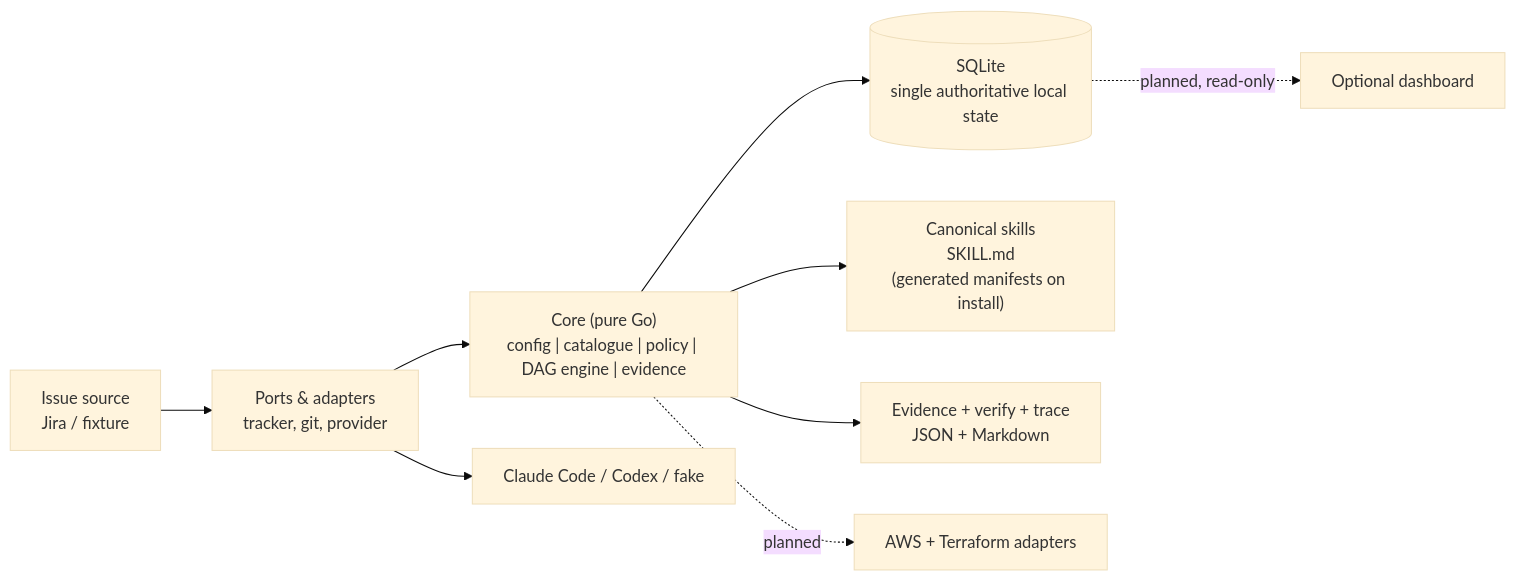
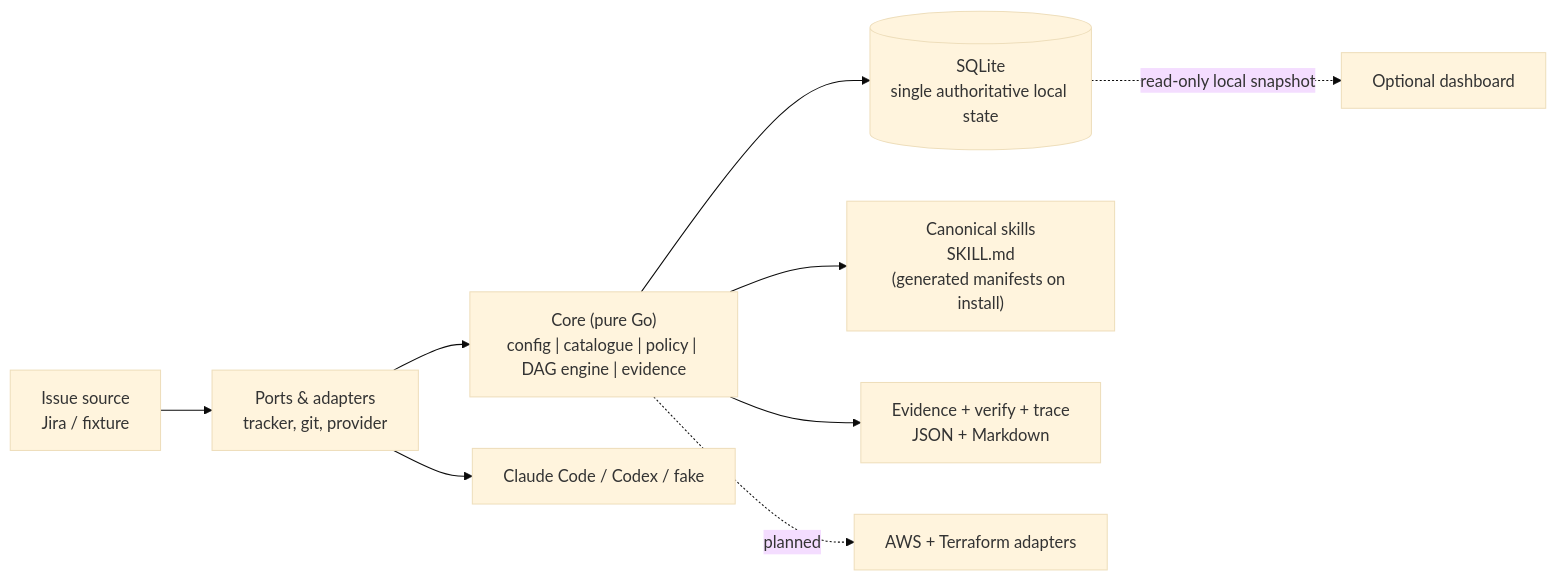
One commit to yoosuf/ae.sh changed the diagram in docs/architecture.md. Above: the diagram before and after it, drawn with Mermaid (base theme). The commit also changed other lines of this file and 11 other files, not shown here.

````diff
--- a/docs/architecture.md
+++ b/docs/architecture.md
@@ -19,11 +19,11 @@
 ```mermaid
 flowchart LR
     ISSUE["Issue source<br/>Jira / fixture"] --> ADAPTER["Ports & adapters<br/>tracker, git, provider"]
     ADAPTER --> CORE["Core (pure Go)<br/>config | catalogue | policy | DAG engine | evidence"]
     CORE --> STATE[("SQLite<br/>single authoritative local state")]
     CORE --> CAT["Canonical skills<br/>SKILL.md<br/>(generated manifests on install)"]
     CORE --> EV["Evidence + verify + trace<br/>JSON + Markdown"]
     ADAPTER --> AGENT["Claude Code / Codex / fake"]
     CORE -. "planned" .-> CLOUD["AWS + Terraform adapters"]
-    STATE -. "planned, read-only" .-> DASH["Optional dashboard"]
+    STATE -. "read-only local snapshot" .-> DASH["Optional dashboard"]
 ```
````
